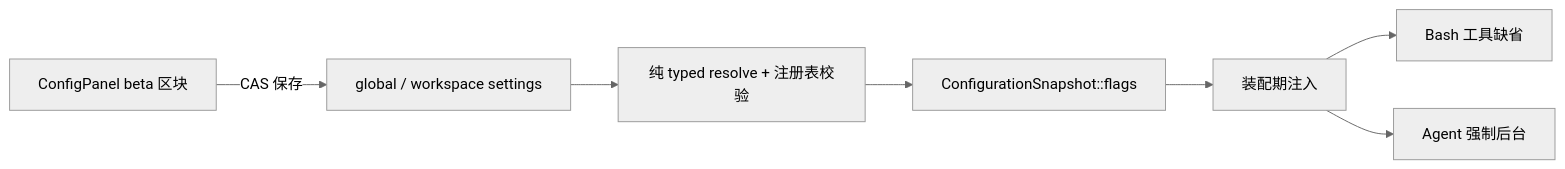
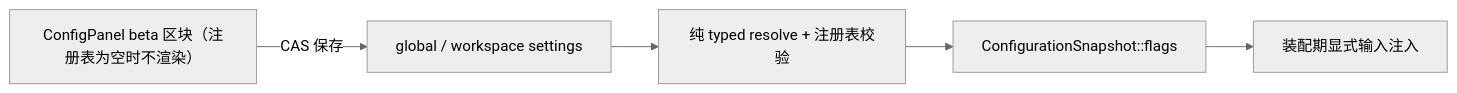
The diagram in docs/design/beta-flags.md (KonghaYao/peri), drawn with Mermaid (neutral theme) before and after one commit. The commit also changed other lines of this file and 18 other files, not shown here.

First line of the commit message:
refactor(config)!: remove the full-async-tools beta flag

````diff
--- a/docs/design/beta-flags.md
+++ b/docs/design/beta-flags.md
@@ -67,9 +67,7 @@
 ```mermaid
 flowchart LR
     Files["global / workspace settings"] --> Resolve["纯 typed resolve + 注册表校验"]
     Resolve --> Snapshot["ConfigurationSnapshot::flags"]
-    Snapshot --> Assemble["装配期注入"]
-    Assemble --> Bash["Bash 工具缺省"]
-    Assemble --> Agent["Agent 强制后台"]
-    Panel["ConfigPanel beta 区块"] -->|"CAS 保存"| Files
+    Snapshot --> Assemble["装配期显式输入注入"]
+    Panel["ConfigPanel beta 区块（注册表为空时不渲染）"] -->|"CAS 保存"| Files
 ```
````
